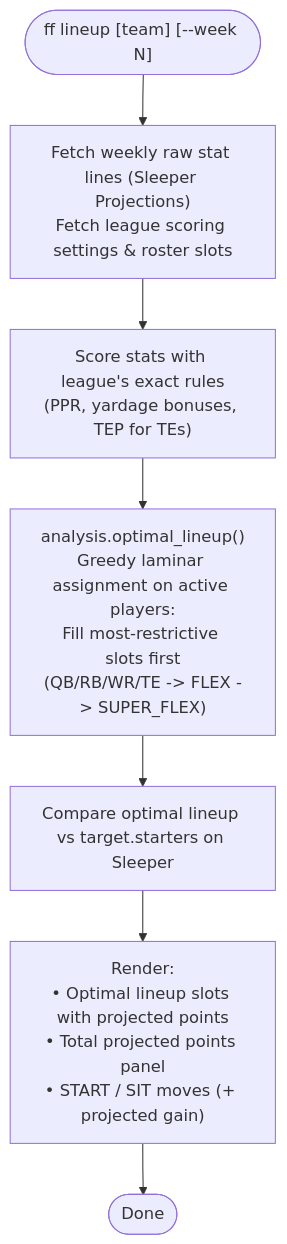
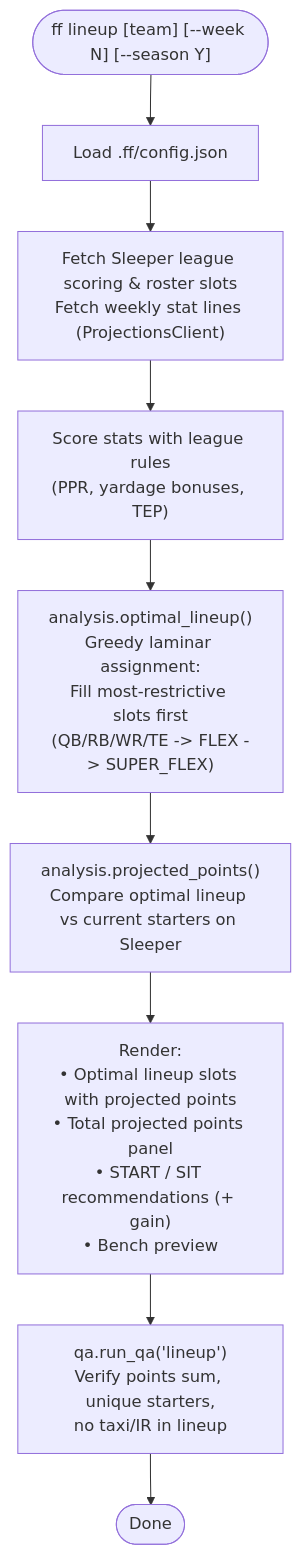
The tenth of 17 diagrams in README.md (savvides/ff), drawn with Mermaid before and after one commit. The commit also changed other lines of this file and 26 other files, not shown here.

````diff
--- a/README.md
+++ b/README.md
@@ -273,9 +290,11 @@
 ```mermaid
 flowchart TD
-    Start(["ff lineup [team] [--week N]"]) --> Fetch["Fetch weekly raw stat lines (Sleeper Projections)\nFetch league scoring settings & roster slots"]
-    Fetch --> Score["Score stats with league's exact rules\n(PPR, yardage bonuses, TEP for TEs)"]
-    Score --> Assign["analysis.optimal_lineup()\nGreedy laminar assignment on active players:\nFill most-restrictive slots first\n(QB/RB/WR/TE -> FLEX -> SUPER_FLEX)"]
-    Assign --> Compare["Compare optimal lineup vs target.starters on Sleeper"]
-    Compare --> Render["Render:\n• Optimal lineup slots with projected points\n• Total projected points panel\n• START / SIT moves (+ projected gain)"]
-    Render --> Done(["Done"])
+    Start(["ff lineup [team] [--week N] [--season Y]"]) --> LoadConfig["Load .ff/config.json"]
+    LoadConfig --> FetchSettings["Fetch Sleeper league scoring & roster slots\nFetch weekly stat lines (ProjectionsClient)"]
+    FetchSettings --> ScoreStats["Score stats with league rules\n(PPR, yardage bonuses, TEP)"]
+    ScoreStats --> OptimalAssign["analysis.optimal_lineup()\nGreedy laminar assignment:\nFill most-restrictive slots first\n(QB/RB/WR/TE -> FLEX -> SUPER_FLEX)"]
+    OptimalAssign --> CurrentCompare["analysis.projected_points()\nCompare optimal lineup vs current starters on Sleeper"]
+    CurrentCompare --> Render["Render:\n• Optimal lineup slots with projected points\n• Total projected points panel\n• START / SIT recommendations (+ gain)\n• Bench preview"]
+    Render --> QA["qa.run_qa('lineup')\nVerify points sum, unique starters,\nno taxi/IR in lineup"]
+    QA --> Done(["Done"])
 ```
````
